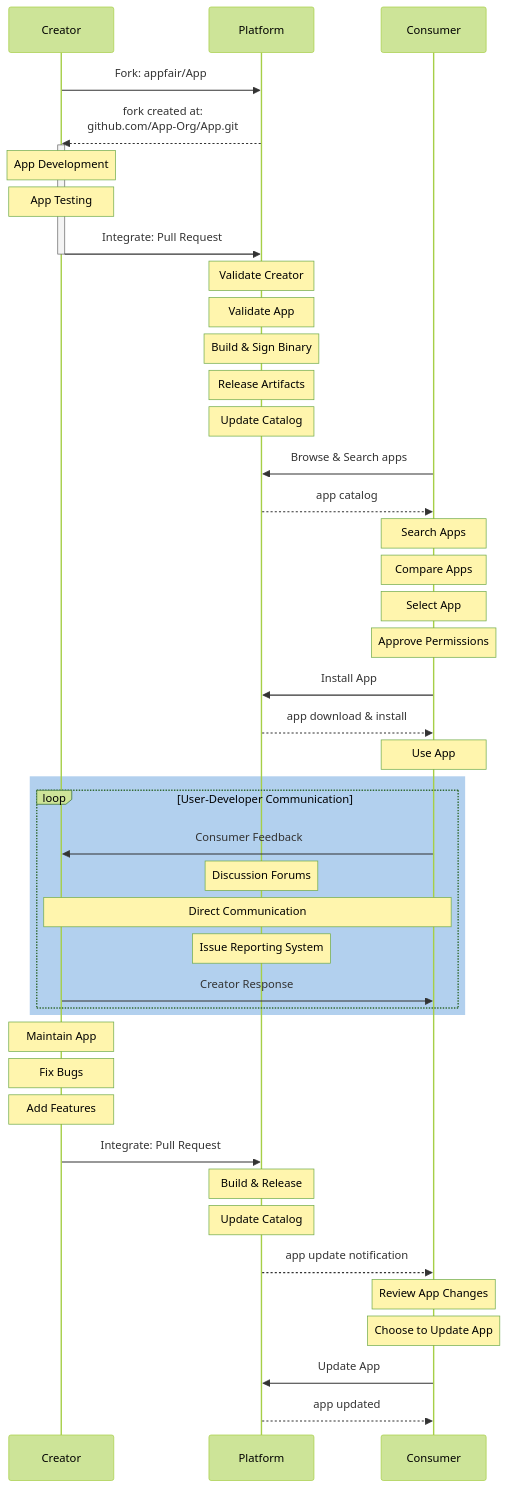
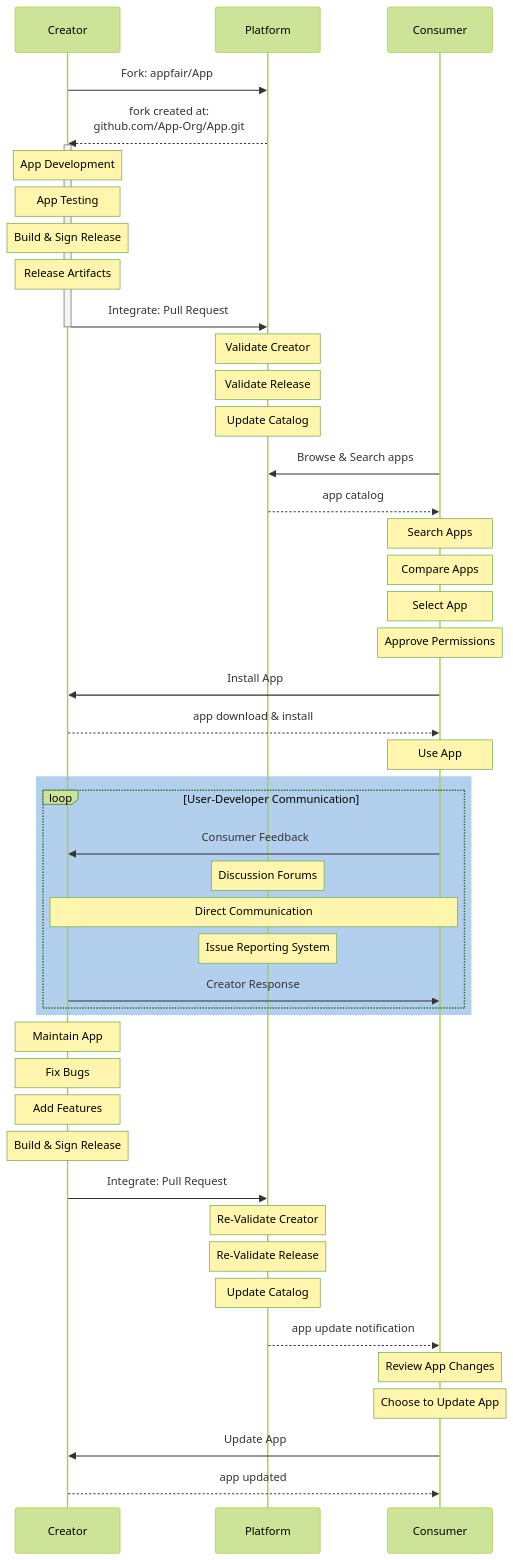
The diagram in assets/fairground.mmd (emilypx/appfair.github.io), drawn with Mermaid before and after one commit. The commit also changed 4 other files, not shown here.

```diff
--- a/assets/fairground.mmd
+++ b/assets/fairground.mmd
@@ -1,46 +1,48 @@
 %%{init: { 'logLevel': 'debug', 'theme': 'forest' } }%%
 sequenceDiagram
     %% see: https://mermaid-js.github.io/mermaid/#/sequenceDiagram
     Creator->>Platform: Fork: appfair/App
     Platform-->>Creator: fork created at:<br />github.com/App-Org/App.git
     activate Creator
     Note over Creator: App Development
     Note over Creator: App Testing
+    Note over Creator: Build & Sign Release
+    Note over Creator: Release Artifacts
     Creator->>Platform: Integrate: Pull Request
     deactivate Creator
     Note over Platform: Validate Creator
-    Note over Platform: Validate App
-    Note over Platform: Build & Sign Binary
-    Note over Platform: Release Artifacts
+    Note over Platform: Validate Release
     Note over Platform: Update Catalog
     Consumer->>Platform: Browse & Search apps
     Platform-->>Consumer: app catalog
     Note over Consumer: Search Apps
     Note over Consumer: Compare Apps
     Note over Consumer: Select App
     Note over Consumer: Approve Permissions
-    Consumer->>Platform: Install App
-    Platform-->>Consumer: app download & install
+    Consumer->>Creator: Install App
+    Creator-->>Consumer: app download & install
     Note over Consumer: Use App
 
     rect rgb(0, 100, 200, 0.3)
         loop User-Developer Communication
             Consumer->>Creator: Consumer Feedback
                 Note over Platform: Discussion Forums
                 Note over Creator,Consumer: Direct Communication
                 Note over Platform: Issue Reporting System
             Creator->>Consumer: Creator Response
         end
     end
 
     Note over Creator: Maintain App
     Note over Creator: Fix Bugs
     Note over Creator: Add Features
+    Note over Creator: Build & Sign Release
     Creator->>Platform: Integrate: Pull Request
-    Note over Platform: Build & Release
+    Note over Platform: Re-Validate Creator
+    Note over Platform: Re-Validate Release
     Note over Platform: Update Catalog
     Platform-->>Consumer: app update notification
     Note over Consumer: Review App Changes
     Note over Consumer: Choose to Update App
-    Consumer->>Platform: Update App
-    Platform-->>Consumer: app updated
+    Consumer->>Creator: Update App
+    Creator-->>Consumer: app updated
```
